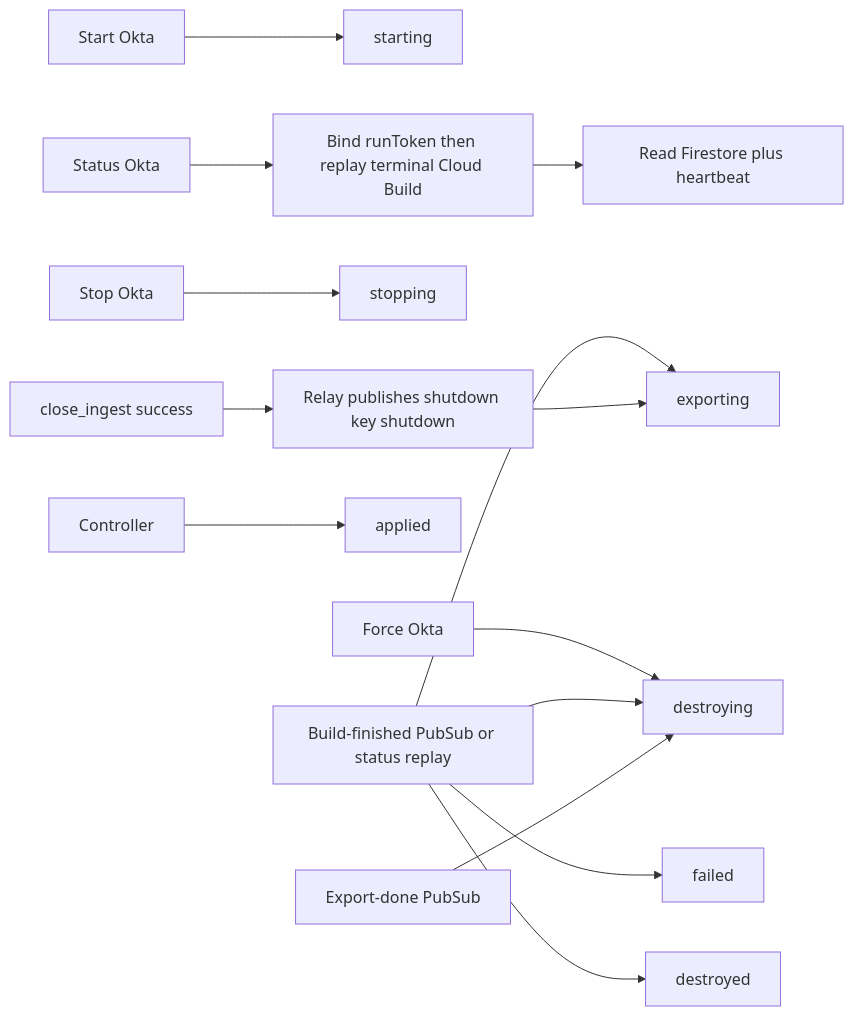
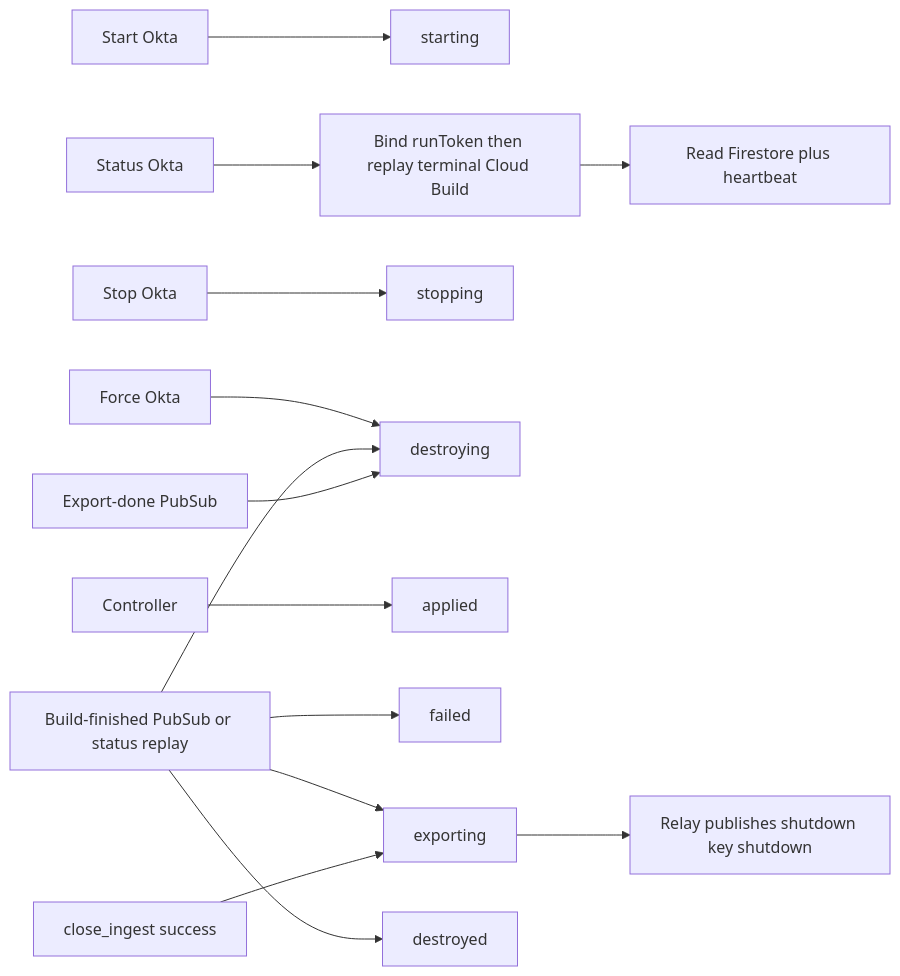
One commit to ChronoRacer/chronoracer changed the diagram in docs/component-relay.md. Above: the diagram before and after it, drawn with Mermaid. The commit also changed other lines of this file and 20 other files, not shown here.

````diff
--- a/docs/component-relay.md
+++ b/docs/component-relay.md
@@ -144,16 +137,16 @@
 ```mermaid
 flowchart LR
   startOp[Start Okta] --> starting
   statusOp[Status Okta] --> reconcile[Bind runToken then replay terminal Cloud Build]
   reconcile --> readFS[Read Firestore plus heartbeat]
   stopOp[Stop Okta] --> stopping
   forceOp[Force Okta] --> destroying
   ctrl[Controller] --> applied
   buildPush[Build-finished PubSub or status replay] --> failed
   buildPush --> exporting
   buildPush --> destroying
   buildPush --> destroyed
-  closeOk[close_ingest success] --> shutdown[Relay publishes shutdown key shutdown]
-  shutdown --> exporting
+  closeOk[close_ingest success] --> exporting
+  exporting --> shutdown[Relay publishes shutdown key shutdown]
   exportPush[Export-done PubSub] --> destroying
 ```
````
